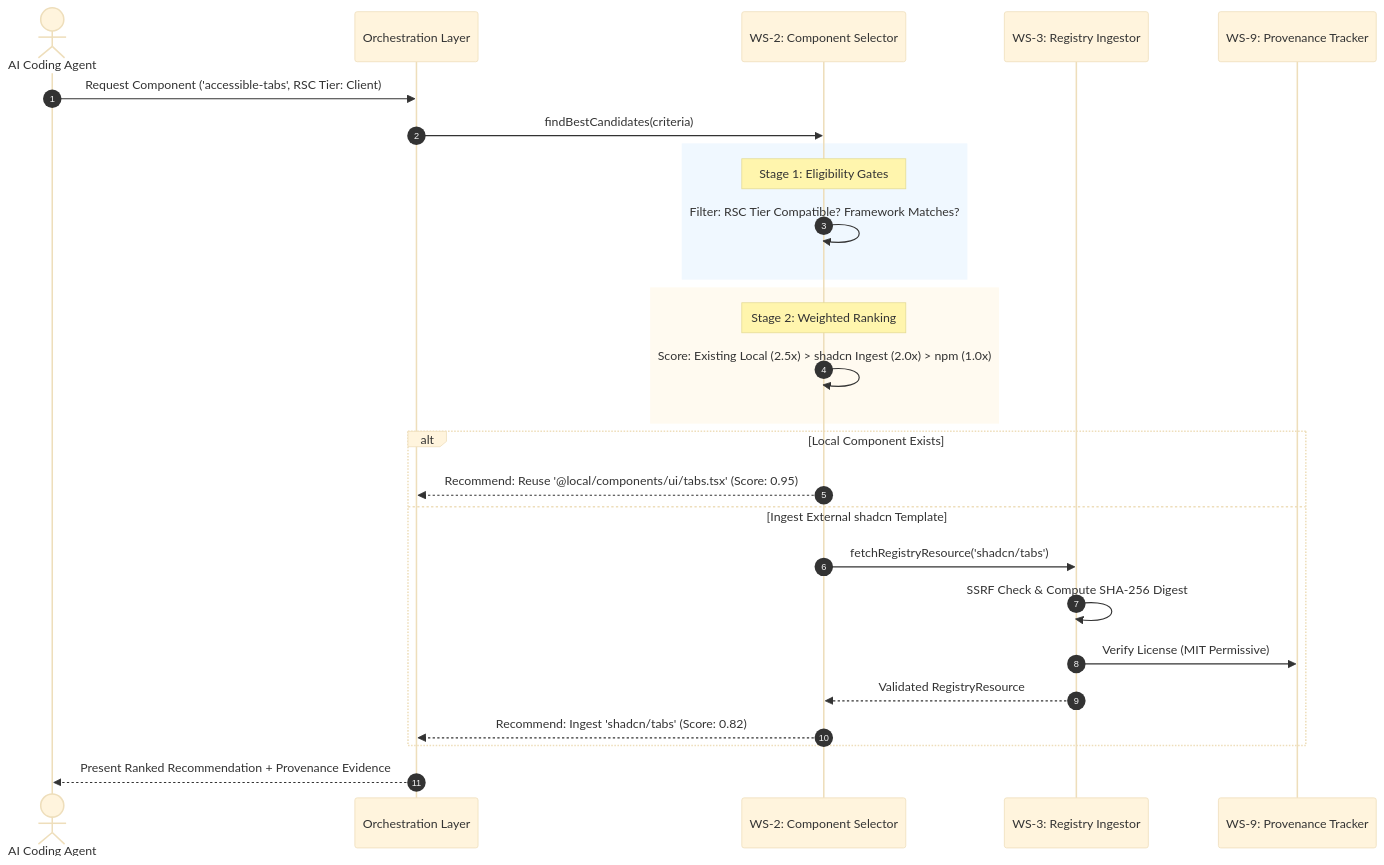
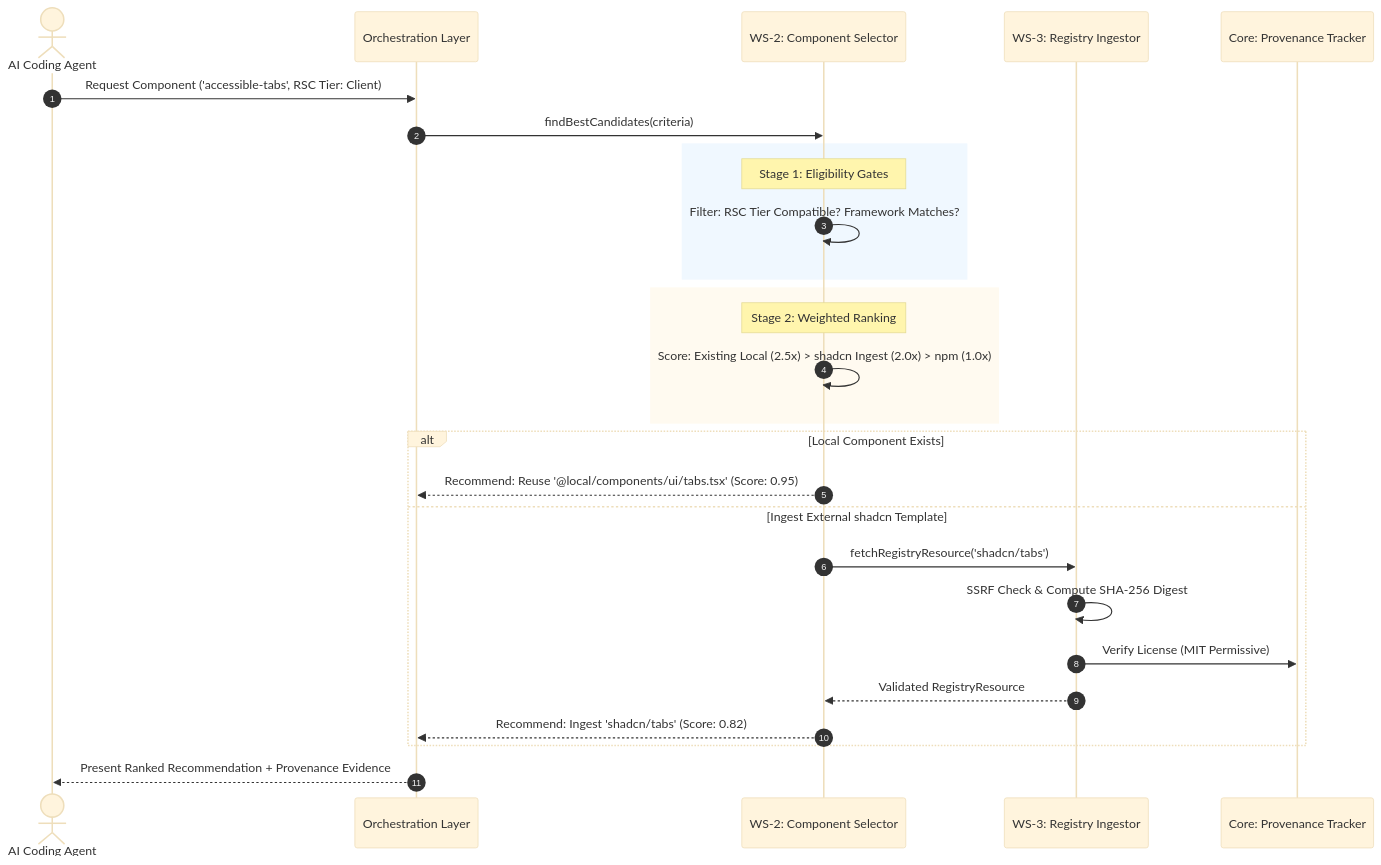
The second of 7 diagrams in research/phase-02/phase-02.2-consolidation/END-TO-END-WORKFLOWS.md (Tanish-kumar-Agarwal/UIForge), drawn with Mermaid (base theme) before and after one commit. The commit also changed other lines of this file and 1 other file, not shown here.

````diff
--- a/research/phase-02/phase-02.2-consolidation/END-TO-END-WORKFLOWS.md
+++ b/research/phase-02/phase-02.2-consolidation/END-TO-END-WORKFLOWS.md
@@ -91,34 +91,34 @@
 ```mermaid
 sequenceDiagram
     autonumber
     actor Agent as AI Coding Agent
     participant Orch as Orchestration Layer
     participant WS2 as WS-2: Component Selector
     participant WS3 as WS-3: Registry Ingestor
-    participant WS9 as WS-9: Provenance Tracker
+    participant Provenance as Core: Provenance Tracker
 
     Agent->>Orch: Request Component ('accessible-tabs', RSC Tier: Client)
     Orch->>WS2: findBestCandidates(criteria)
     
     rect rgb(240, 248, 255)
         note over WS2: Stage 1: Eligibility Gates
         WS2->>WS2: Filter: RSC Tier Compatible? Framework Matches?
     end
 
     rect rgb(255, 250, 240)
         note over WS2: Stage 2: Weighted Ranking
         WS2->>WS2: Score: Existing Local (2.5x) > shadcn Ingest (2.0x) > npm (1.0x)
     end
 
     alt Local Component Exists
         WS2-->>Orch: Recommend: Reuse '@local/components/ui/tabs.tsx' (Score: 0.95)
     else Ingest External shadcn Template
         WS2->>WS3: fetchRegistryResource('shadcn/tabs')
         WS3->>WS3: SSRF Check & Compute SHA-256 Digest
-        WS3->>WS9: Verify License (MIT Permissive)
+        WS3->>Provenance: Verify License (MIT Permissive)
         WS3-->>WS2: Validated RegistryResource
         WS2-->>Orch: Recommend: Ingest 'shadcn/tabs' (Score: 0.82)
     end
 
     Orch-->>Agent: Present Ranked Recommendation + Provenance Evidence
 ```
````
